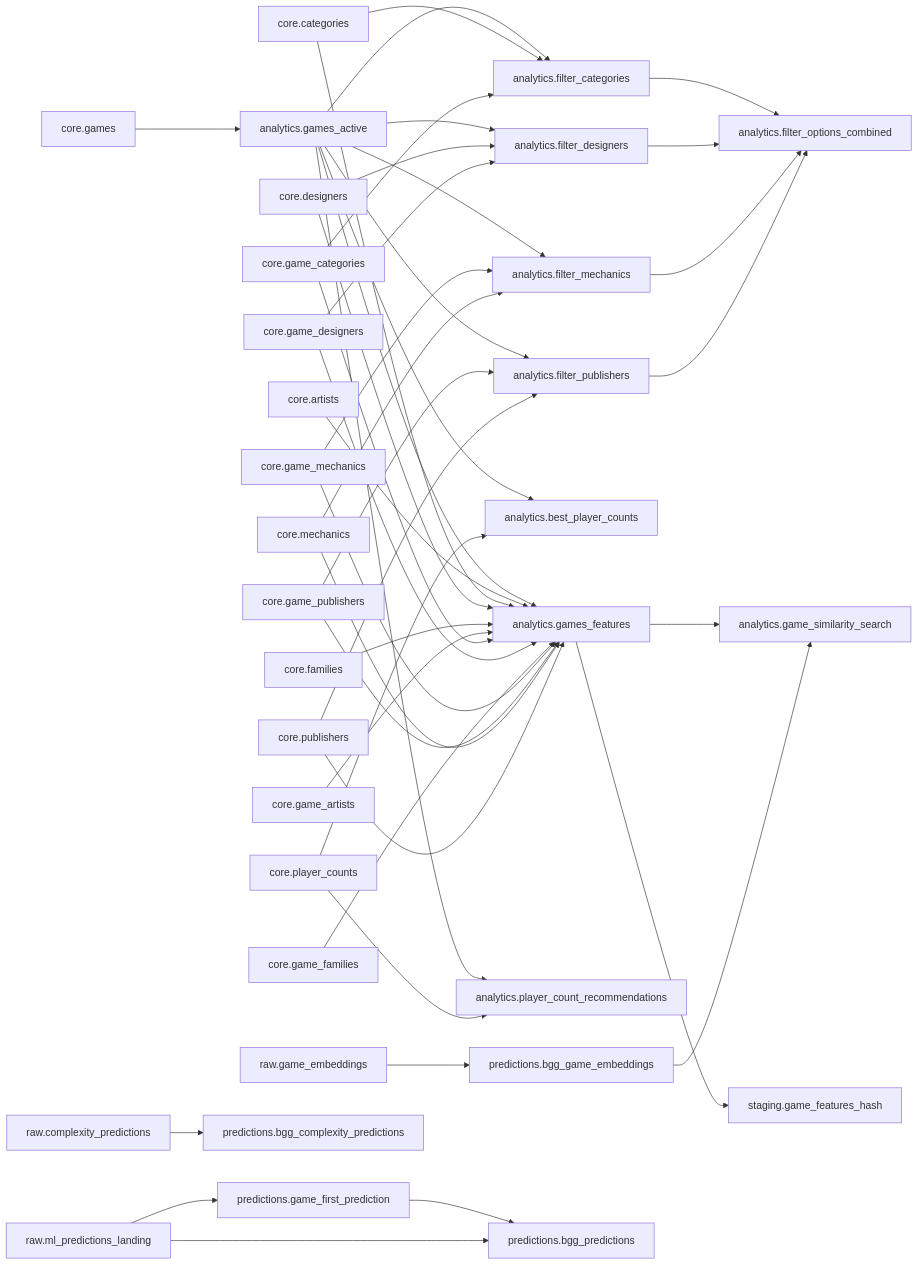
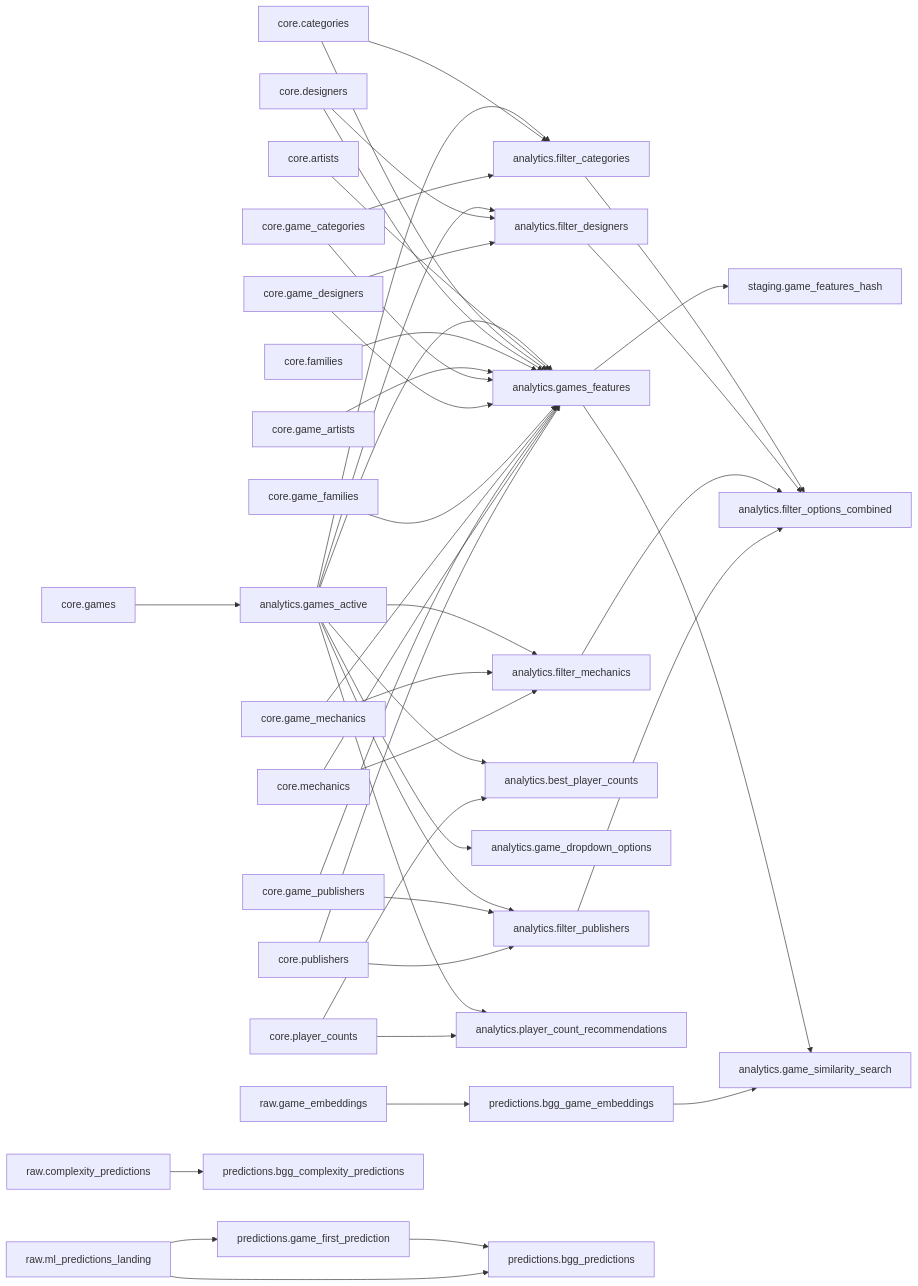
The diagram in docs/lineage.md (phenrickson/bgg-data-warehouse), drawn with Mermaid before and after one commit. The commit also changed 1 other file, not shown here.

Commit message:
Update Dataform lineage diagram [skip ci]

````diff
--- a/docs/lineage.md
+++ b/docs/lineage.md
@@ -3,45 +3,46 @@
 ```mermaid
 graph LR
     analytics__filter_categories["analytics.filter_categories"] --> analytics__filter_options_combined["analytics.filter_options_combined"]
     analytics__filter_designers["analytics.filter_designers"] --> analytics__filter_options_combined["analytics.filter_options_combined"]
     analytics__filter_mechanics["analytics.filter_mechanics"] --> analytics__filter_options_combined["analytics.filter_options_combined"]
     analytics__filter_publishers["analytics.filter_publishers"] --> analytics__filter_options_combined["analytics.filter_options_combined"]
     analytics__games_active["analytics.games_active"] --> analytics__best_player_counts["analytics.best_player_counts"]
     analytics__games_active["analytics.games_active"] --> analytics__filter_categories["analytics.filter_categories"]
     analytics__games_active["analytics.games_active"] --> analytics__filter_designers["analytics.filter_designers"]
     analytics__games_active["analytics.games_active"] --> analytics__filter_mechanics["analytics.filter_mechanics"]
     analytics__games_active["analytics.games_active"] --> analytics__filter_publishers["analytics.filter_publishers"]
+    analytics__games_active["analytics.games_active"] --> analytics__game_dropdown_options["analytics.game_dropdown_options"]
     analytics__games_active["analytics.games_active"] --> analytics__games_features["analytics.games_features"]
     analytics__games_active["analytics.games_active"] --> analytics__player_count_recommendations["analytics.player_count_recommendations"]
     analytics__games_features["analytics.games_features"] --> analytics__game_similarity_search["analytics.game_similarity_search"]
     analytics__games_features["analytics.games_features"] --> staging__game_features_hash["staging.game_features_hash"]
     core__artists["core.artists"] --> analytics__games_features["analytics.games_features"]
     core__categories["core.categories"] --> analytics__filter_categories["analytics.filter_categories"]
     core__categories["core.categories"] --> analytics__games_features["analytics.games_features"]
     core__designers["core.designers"] --> analytics__filter_designers["analytics.filter_designers"]
     core__designers["core.designers"] --> analytics__games_features["analytics.games_features"]
     core__families["core.families"] --> analytics__games_features["analytics.games_features"]
     core__game_artists["core.game_artists"] --> analytics__games_features["analytics.games_features"]
     core__game_categories["core.game_categories"] --> analytics__filter_categories["analytics.filter_categories"]
     core__game_categories["core.game_categories"] --> analytics__games_features["analytics.games_features"]
     core__game_designers["core.game_designers"] --> analytics__filter_designers["analytics.filter_designers"]
     core__game_designers["core.game_designers"] --> analytics__games_features["analytics.games_features"]
     core__game_families["core.game_families"] --> analytics__games_features["analytics.games_features"]
     core__game_mechanics["core.game_mechanics"] --> analytics__filter_mechanics["analytics.filter_mechanics"]
     core__game_mechanics["core.game_mechanics"] --> analytics__games_features["analytics.games_features"]
     core__game_publishers["core.game_publishers"] --> analytics__filter_publishers["analytics.filter_publishers"]
     core__game_publishers["core.game_publishers"] --> analytics__games_features["analytics.games_features"]
     core__games["core.games"] --> analytics__games_active["analytics.games_active"]
     core__mechanics["core.mechanics"] --> analytics__filter_mechanics["analytics.filter_mechanics"]
     core__mechanics["core.mechanics"] --> analytics__games_features["analytics.games_features"]
     core__player_counts["core.player_counts"] --> analytics__best_player_counts["analytics.best_player_counts"]
     core__player_counts["core.player_counts"] --> analytics__player_count_recommendations["analytics.player_count_recommendations"]
     core__publishers["core.publishers"] --> analytics__filter_publishers["analytics.filter_publishers"]
     core__publishers["core.publishers"] --> analytics__games_features["analytics.games_features"]
     predictions__bgg_game_embeddings["predictions.bgg_game_embeddings"] --> analytics__game_similarity_search["analytics.game_similarity_search"]
     predictions__game_first_prediction["predictions.game_first_prediction"] --> predictions__bgg_predictions["predictions.bgg_predictions"]
     raw__complexity_predictions["raw.complexity_predictions"] --> predictions__bgg_complexity_predictions["predictions.bgg_complexity_predictions"]
     raw__game_embeddings["raw.game_embeddings"] --> predictions__bgg_game_embeddings["predictions.bgg_game_embeddings"]
     raw__ml_predictions_landing["raw.ml_predictions_landing"] --> predictions__bgg_predictions["predictions.bgg_predictions"]
     raw__ml_predictions_landing["raw.ml_predictions_landing"] --> predictions__game_first_prediction["predictions.game_first_prediction"]
 ```
````
